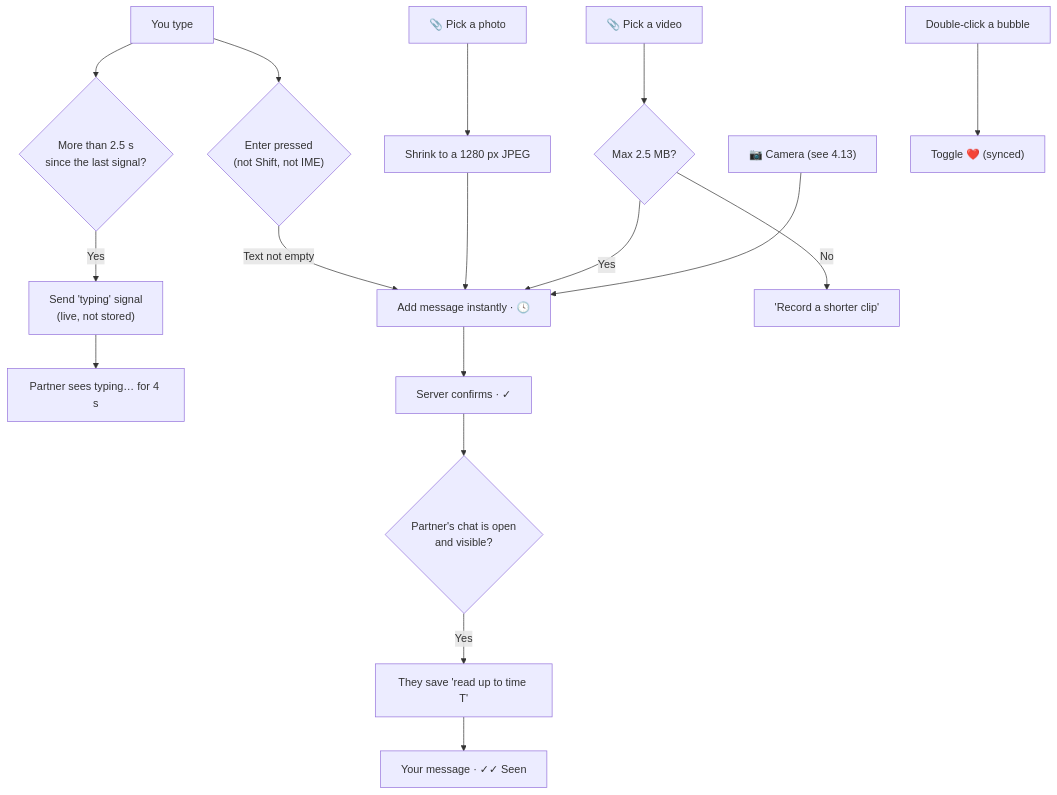
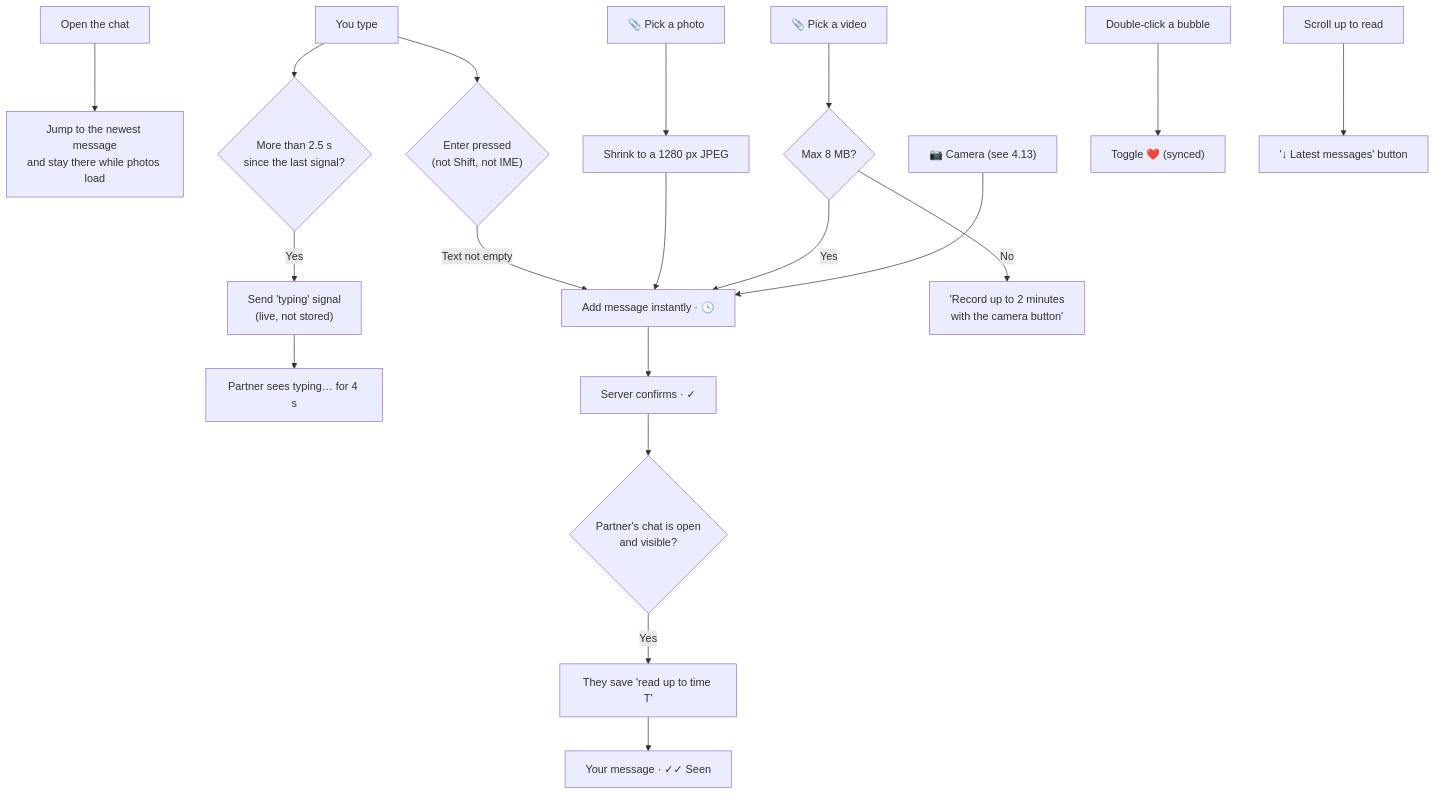
One commit to silent-coder-dev/private-space changed diagram 12 of 30 in front-end/doc/04-flowcharts.md. Above: the diagram before and after it, drawn with Mermaid. The commit also changed other lines of this file and 78 other files, not shown here.

````diff
--- a/front-end/doc/04-flowcharts.md
+++ b/front-end/doc/04-flowcharts.md
@@ -259,18 +268,20 @@
 ```mermaid
 flowchart TD
+    O["Open the chat"] --> O2["Jump to the newest message<br/>and stay there while photos load"]
     A["You type"] --> B{"More than 2.5 s<br/>since the last signal?"}
     B -->|"Yes"| C["Send 'typing' signal<br/>(live, not stored)"]
     C --> D["Partner sees typing… for 4 s"]
     A --> E{"Enter pressed<br/>(not Shift, not IME)"}
     E -->|"Text not empty"| F["Add message instantly · 🕓"]
     F --> G["Server confirms · ✓"]
     G --> H{"Partner's chat is open<br/>and visible?"}
     H -->|"Yes"| I["They save 'read up to time T'"]
     I --> J["Your message · ✓✓ Seen"]
     K["📎 Pick a photo"] --> L["Shrink to a 1280 px JPEG"] --> F
-    K2["📎 Pick a video"] --> L2{"Max 2.5 MB?"}
+    K2["📎 Pick a video"] --> L2{"Max 8 MB?"}
     L2 -->|"Yes"| F
-    L2 -->|"No"| L3["'Record a shorter clip'"]
+    L2 -->|"No"| L3["'Record up to 2 minutes<br/>with the camera button'"]
     CAM["📷 Camera (see 4.13)"] --> F
     M["Double-click a bubble"] --> N["Toggle ❤️ (synced)"]
+    UP["Scroll up to read"] --> UP2["'↓ Latest messages' button"]
 ```
````
